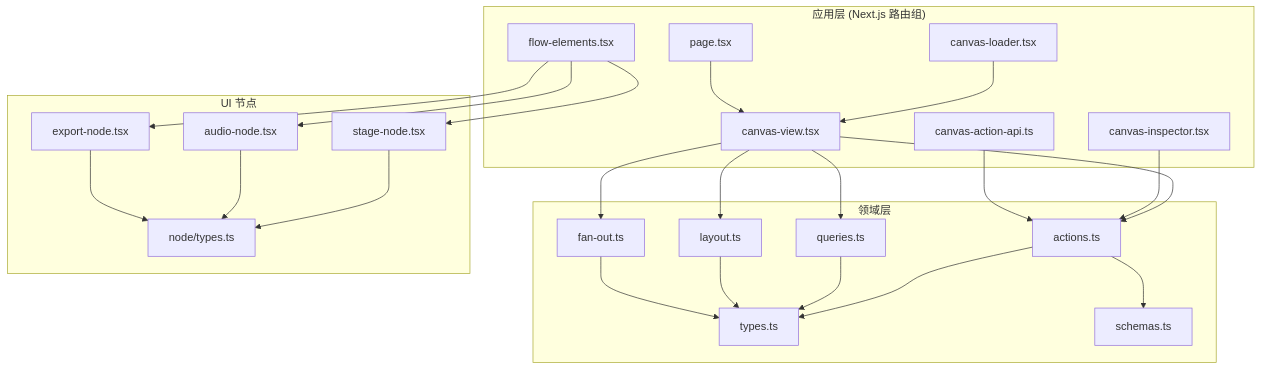
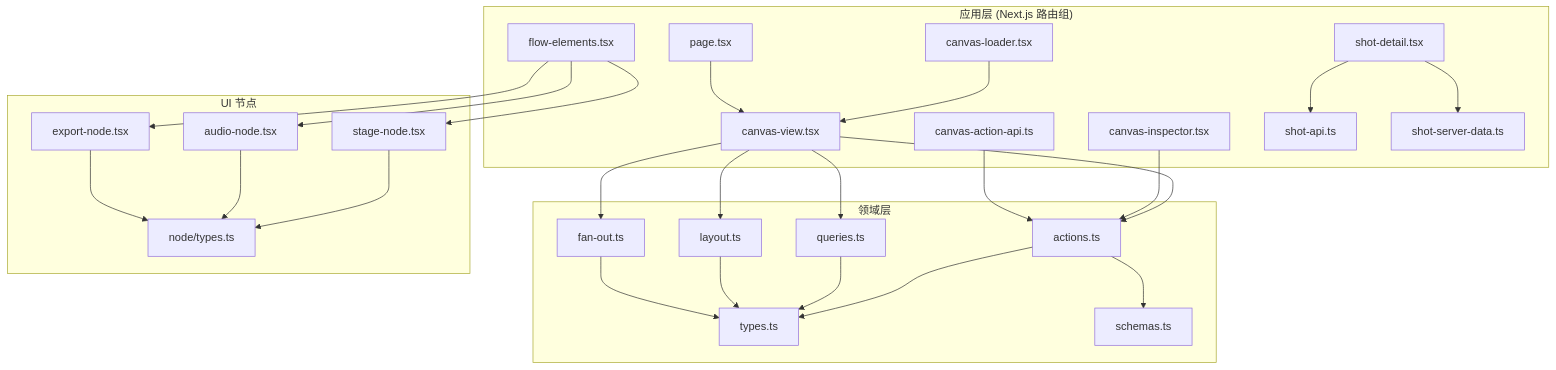
Before and after one commit to AIMFllyYS/code-video-canvas: the first of 13 diagrams in .qoder/repowiki/zh/content/架构设计/核心模块设计/画布编辑器设计/画布编辑器设计.md, drawn with Mermaid. The commit also changed other lines of this file and 7 other files, not shown here.

````diff
--- a/.qoder/repowiki/zh/content/架构设计/核心模块设计/画布编辑器设计/画布编辑器设计.md
+++ b/.qoder/repowiki/zh/content/架构设计/核心模块设计/画布编辑器设计/画布编辑器设计.md
@@ -55,44 +59,49 @@
 ```mermaid
 graph TB
 subgraph "应用层 (Next.js 路由组)"
 CV["canvas-view.tsx"]
 CI["canvas-inspector.tsx"]
 CL["canvas-loader.tsx"]
 FE["flow-elements.tsx"]
 PG["page.tsx"]
 API["canvas-action-api.ts"]
+SD["shot-detail.tsx"]
+SA["shot-api.ts"]
+SSD["shot-server-data.ts"]
 end
 subgraph "领域层"
 T["types.ts"]
 S["schemas.ts"]
 A["actions.ts"]
 Q["queries.ts"]
 L["layout.ts"]
 FO["fan-out.ts"]
 end
 subgraph "UI 节点"
 SN["stage-node.tsx"]
 AN["audio-node.tsx"]
 EN["export-node.tsx"]
 NT["node/types.ts"]
 end
 CV --> A
 CV --> Q
 CV --> L
 CV --> FO
 CI --> A
 CL --> CV
 FE --> SN
 FE --> AN
 FE --> EN
 PG --> CV
 API --> A
+SD --> SA
+SD --> SSD
 SN --> NT
 AN --> NT
 EN --> NT
 A --> T
 A --> S
 Q --> T
 L --> T
 FO --> T
 ```
````
